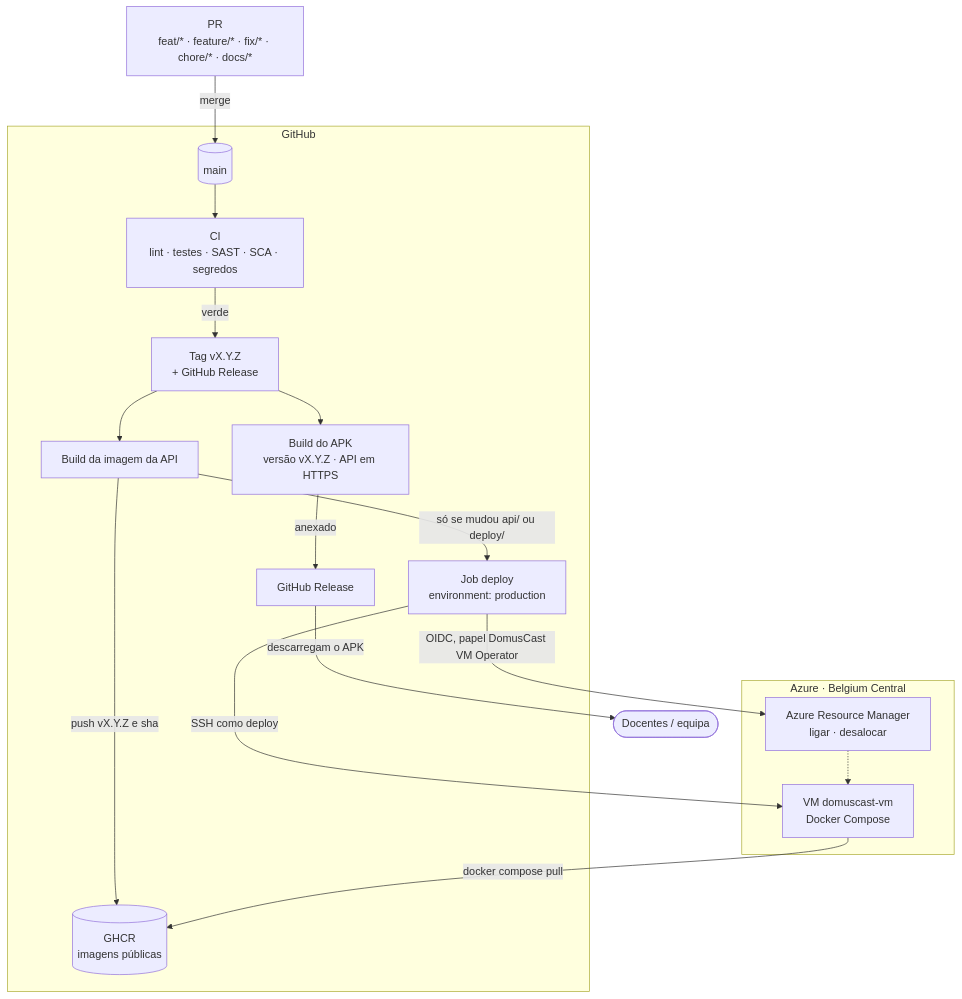
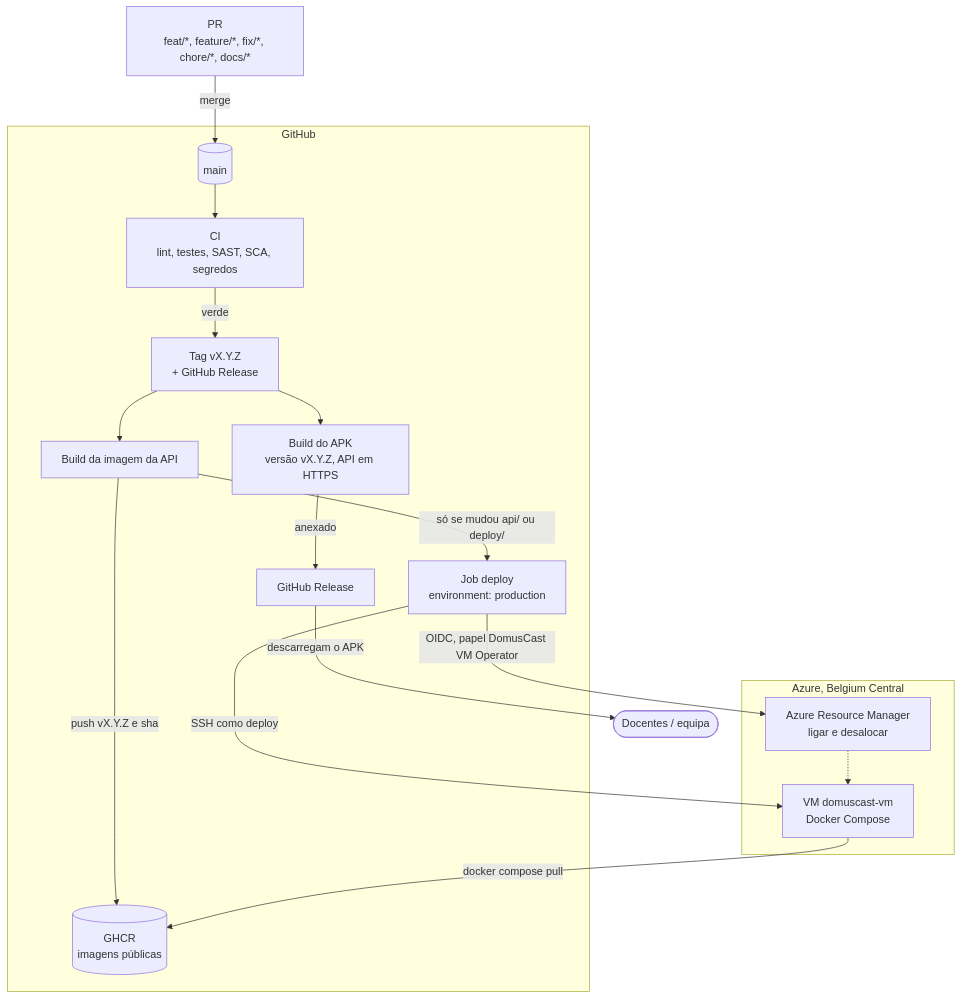
The first of 4 diagrams in docs/sprintB/VM/README.md (LMNSdev/LABDSOF_DOMUSCAST), drawn with Mermaid before and after one commit. The commit also changed other lines of this file and 3 other files, not shown here.

````diff
--- a/docs/sprintB/VM/README.md
+++ b/docs/sprintB/VM/README.md
@@ -169,25 +169,25 @@
 ```mermaid
 flowchart TB
-    pr["PR<br/>feat/* · feature/* · fix/* · chore/* · docs/*"] -->|merge| main[("main")]
+    pr["PR<br/>feat/*, feature/*, fix/*, chore/*, docs/*"] -->|merge| main[("main")]
 
     subgraph gh["GitHub"]
-        main --> ci["CI<br/>lint · testes · SAST · SCA · segredos"]
+        main --> ci["CI<br/>lint, testes, SAST, SCA, segredos"]
         ci -->|verde| tag["Tag vX.Y.Z<br/>+ GitHub Release"]
         tag --> img["Build da imagem da API"]
-        tag --> apk["Build do APK<br/>versão vX.Y.Z · API em HTTPS"]
+        tag --> apk["Build do APK<br/>versão vX.Y.Z, API em HTTPS"]
         apk -->|anexado| ghrel["GitHub Release"]
         img -->|"push vX.Y.Z e sha"| ghcr[("GHCR<br/>imagens públicas")]
         img -->|"só se mudou api/ ou deploy/"| dep["Job deploy<br/>environment: production"]
     end
 
-    subgraph azure["Azure · Belgium Central"]
-        ctrl["Azure Resource Manager<br/>ligar · desalocar"]
+    subgraph azure["Azure, Belgium Central"]
+        ctrl["Azure Resource Manager<br/>ligar e desalocar"]
         vm["VM domuscast-vm<br/>Docker Compose"]
     end
 
     dep -->|"OIDC, papel DomusCast VM Operator"| ctrl
     ctrl -.-> vm
     dep -->|"SSH como deploy"| vm
     vm -->|"docker compose pull"| ghcr
     ghrel -->|"descarregam o APK"| docentes(["Docentes / equipa"])
 ```
````
